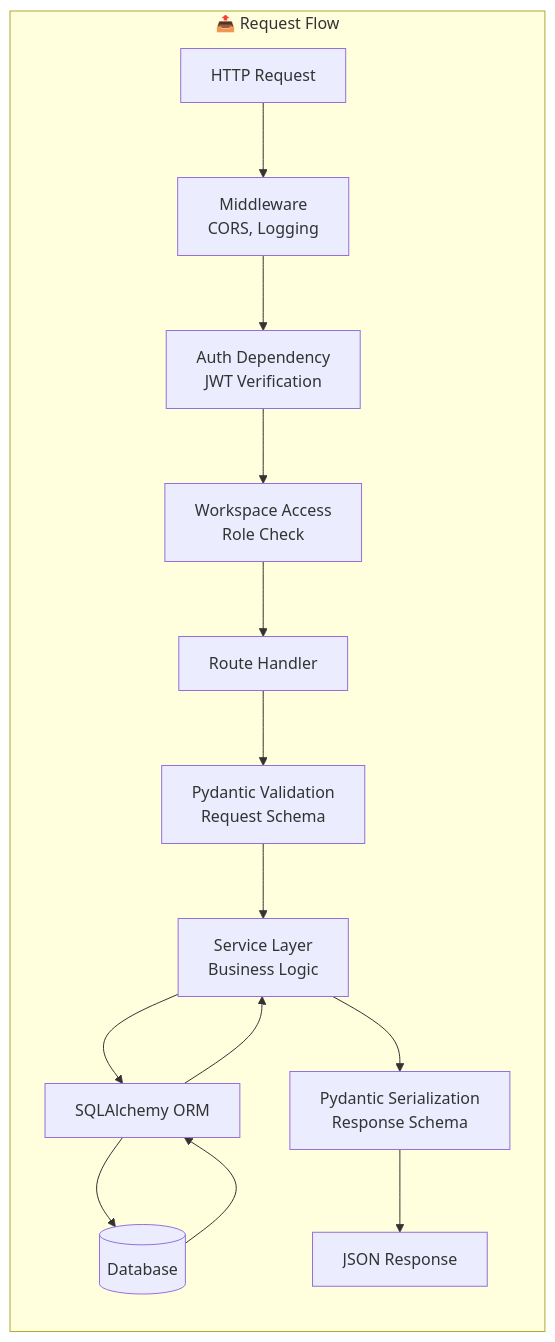
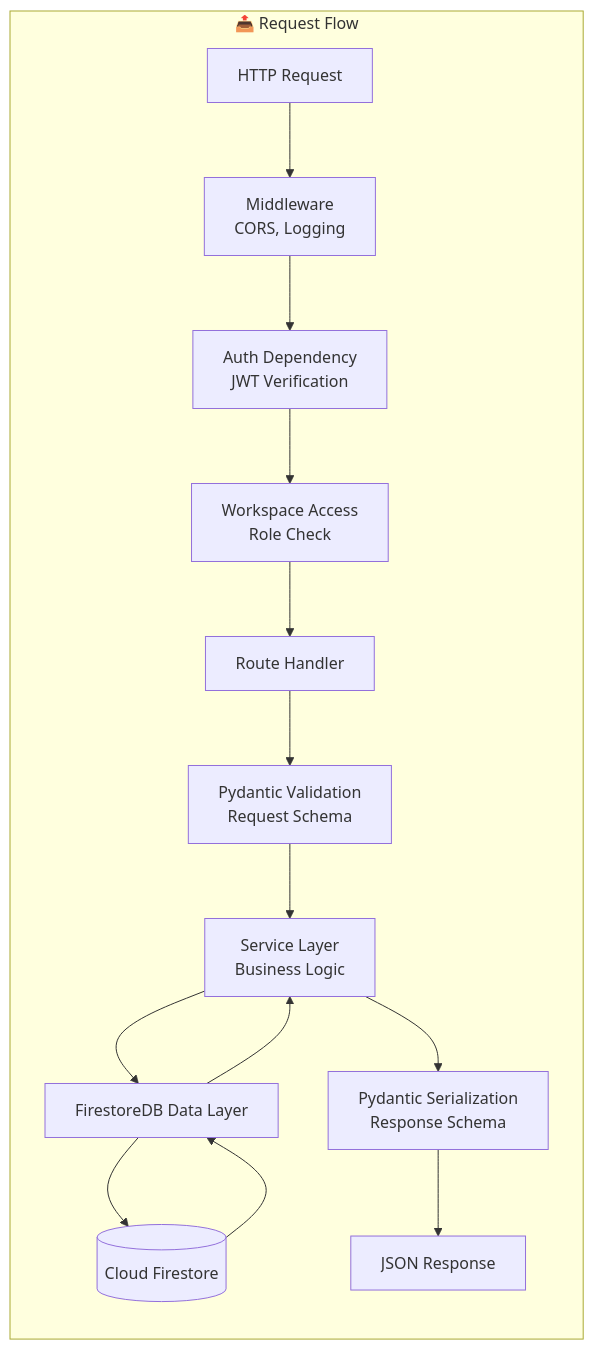
The eighth of 10 diagrams in ARCHITECTURE.md (bunnysayzz/AgentOS), drawn with Mermaid before and after one commit. The commit also changed other lines of this file, not shown here.

Commit message:
docs: purge old PostgreSQL/Aiven architecture from ARCHITECTURE.md

````diff
--- a/ARCHITECTURE.md
+++ b/ARCHITECTURE.md
@@ -533,22 +522,22 @@
 ```mermaid
 flowchart LR
     subgraph Request["📤 Request Flow"]
         REQ[HTTP Request]
         MID[Middleware<br/>CORS, Logging]
         AUTH[Auth Dependency<br/>JWT Verification]
         WS_CHECK[Workspace Access<br/>Role Check]
         ROUTE[Route Handler]
         SCHEMA_IN[Pydantic Validation<br/>Request Schema]
         SERVICE[Service Layer<br/>Business Logic]
-        MODEL[SQLAlchemy ORM]
-        DB[(Database)]
+        MODEL[FirestoreDB Data Layer]
+        DB[(Cloud Firestore)]
         SCHEMA_OUT[Pydantic Serialization<br/>Response Schema]
         RESP[JSON Response]
     end
 
     REQ --> MID --> AUTH --> WS_CHECK --> ROUTE
     ROUTE --> SCHEMA_IN --> SERVICE
     SERVICE --> MODEL --> DB
     DB --> MODEL --> SERVICE
     SERVICE --> SCHEMA_OUT --> RESP
 ```
````
